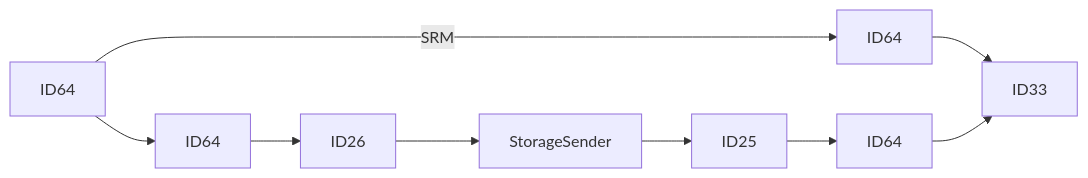
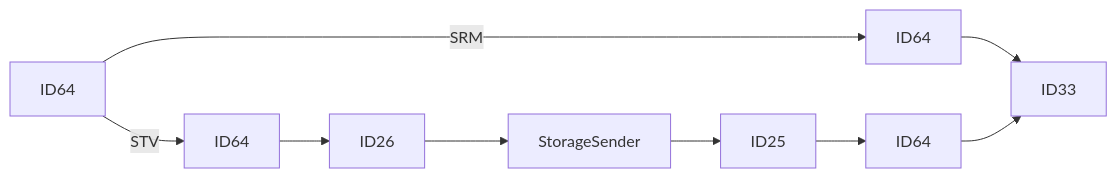
One commit to luthfiadityaa/SimeDarby-Wiki changed the third of 24 diagrams in Basic-Design/DFD-WMS/Storage/Unplanned-Storage/Unplanned-Storage-from-HP.md. Above: the diagram before and after it, drawn with Mermaid. The commit also changed other lines of this file, not shown here.

Commit message:
Updated Unplanned Storage from HP

```diff
--- a/Basic-Design/DFD-WMS/Storage/Unplanned-Storage/Unplanned-Storage-from-HP.md
+++ b/Basic-Design/DFD-WMS/Storage/Unplanned-Storage/Unplanned-Storage-from-HP.md
@@ -30,8 +30,8 @@
 ::: mermaid
 flowchart LR
-P18[ID64]---> |SRM| P13[ID64]  
-P18[ID64]-->P19[ID64]-->P20[ID26]-->P21[StorageSender]-->P22[ID25]-->P23[ID64]
+P18[ID64]--> |SRM| P13[ID64]  
+P18[ID64]--> |STV| P19[ID64]-->P20[ID26]-->P21[StorageSender]-->P22[ID25]-->P23[ID64]
 
 P13[ID64]-->P14[ID33]
 P23[ID64]-->P14[ID33]
 :::
```
